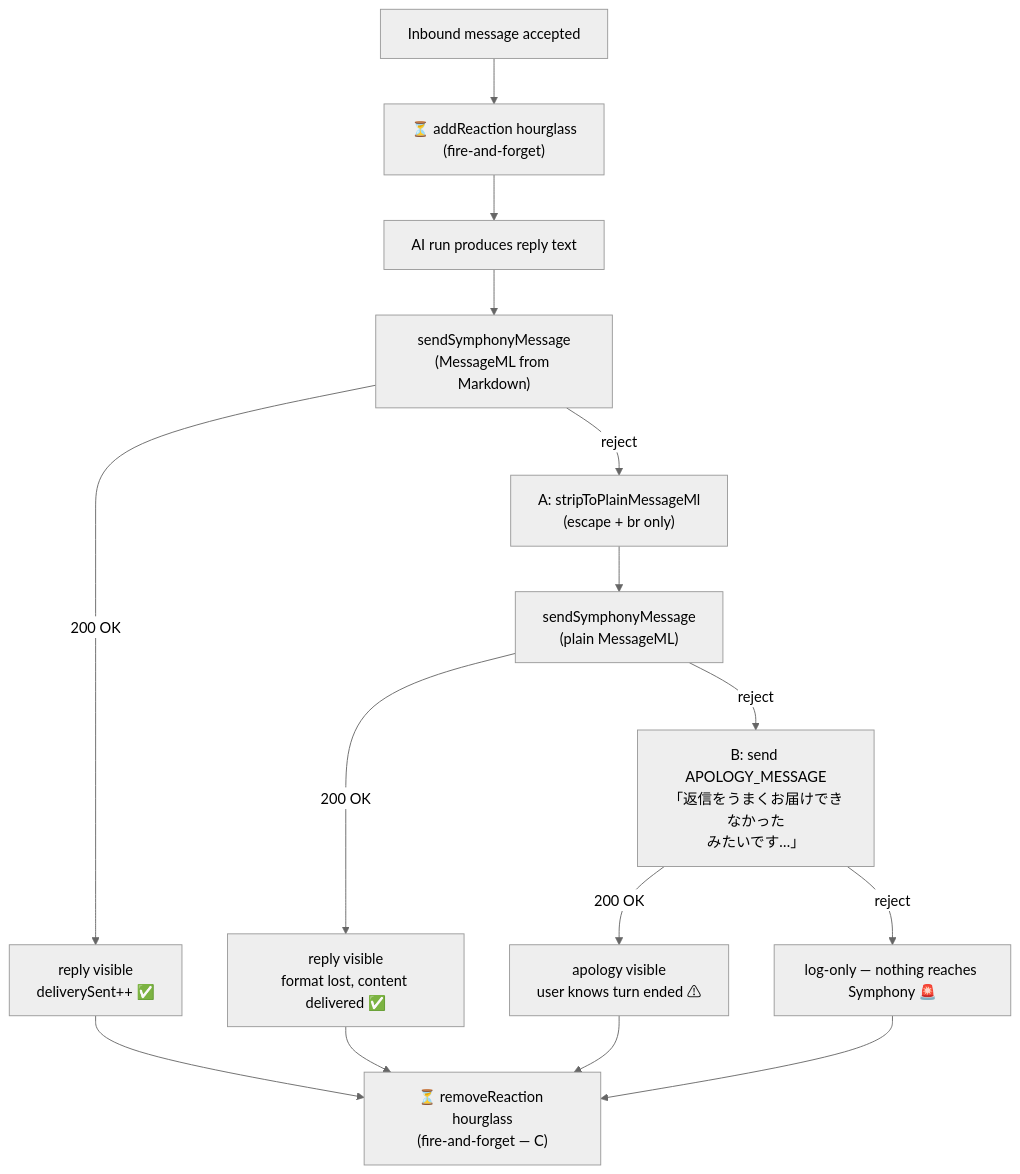
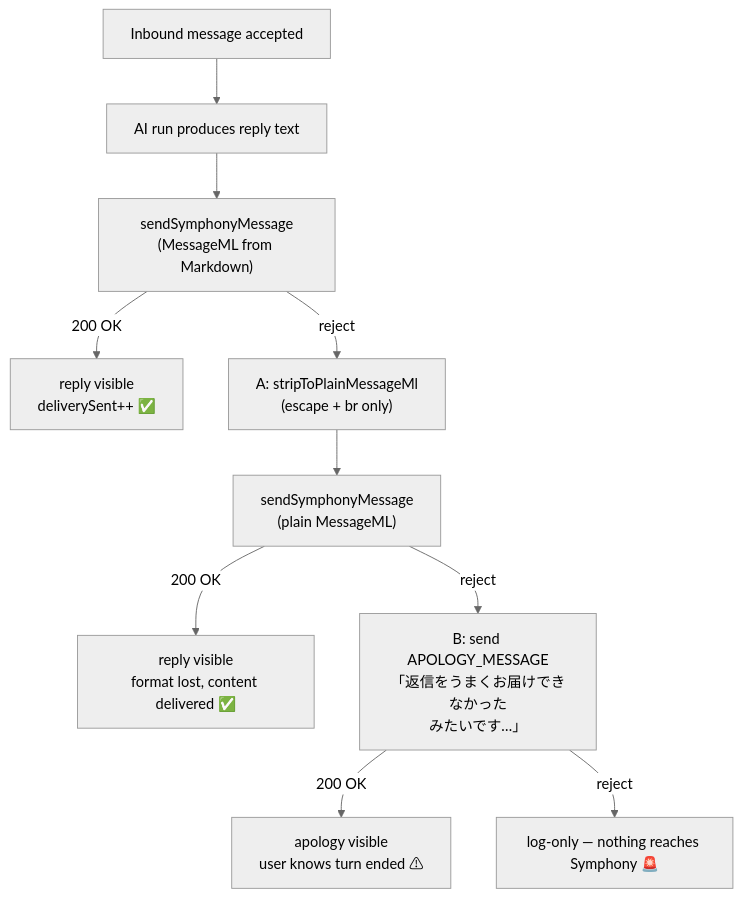
One commit to ShunsukeTamura06/openclaw-symphony-plugin changed the fifth of 5 diagrams in docs/message-flow.md. Above: the diagram before and after it, drawn with Mermaid (neutral theme). The commit also changed other lines of this file and 6 other files, not shown here.

````diff
--- a/docs/message-flow.md
+++ b/docs/message-flow.md
@@ -194,18 +190,12 @@
 ```mermaid
 flowchart TD
-    Recv[Inbound message accepted] --> AddRx["⏳ addReaction hourglass<br/>(fire-and-forget)"]
-    AddRx --> Run[AI run produces reply text]
+    Recv[Inbound message accepted] --> Run[AI run produces reply text]
     Run --> Send1["sendSymphonyMessage<br/>(MessageML from Markdown)"]
     Send1 -->|200 OK| OK[reply visible<br/>deliverySent++ ✅]
     Send1 -->|reject| StripA["A: stripToPlainMessageMl<br/>(escape + br only)"]
     StripA --> Send2["sendSymphonyMessage<br/>(plain MessageML)"]
     Send2 -->|200 OK| OK2[reply visible<br/>format lost, content delivered ✅]
     Send2 -->|reject| Apol["B: send APOLOGY_MESSAGE<br/>「返信をうまくお届けできなかった<br/>みたいです…」"]
     Apol -->|200 OK| Apol2[apology visible<br/>user knows turn ended ⚠]
     Apol -->|reject| LogOnly[log-only — nothing reaches Symphony 🚨]
-    OK --> Done
-    OK2 --> Done
-    Apol2 --> Done
-    LogOnly --> Done
-    Done["⏳ removeReaction hourglass<br/>(fire-and-forget — C)"]
 ```
````
